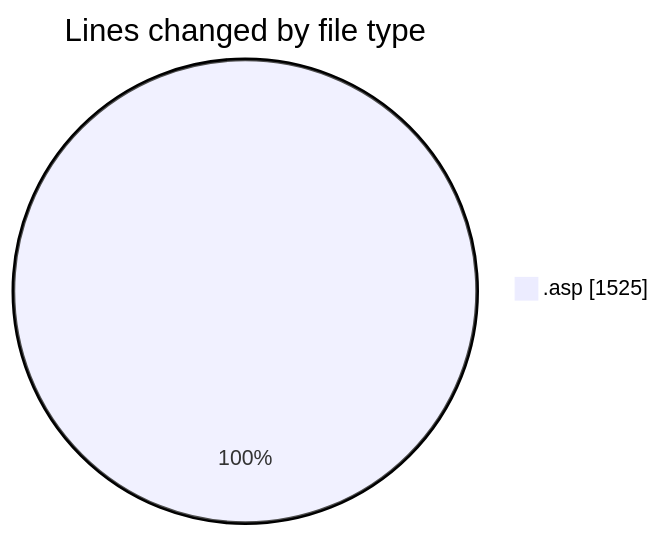
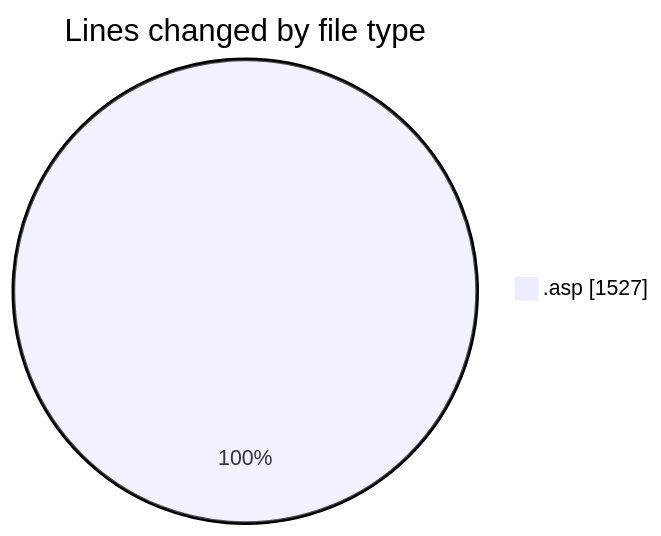
The first of 2 diagrams in 2025-10-30/cdp_aleoudev_fr__workspace_/README.md (julien-gomy/code-tracking), drawn with Mermaid before and after one commit. The commit also changed other lines of this file and 1 other file, not shown here.

````diff
--- a/2025-10-30/cdp_aleoudev_fr__workspace_/README.md
+++ b/2025-10-30/cdp_aleoudev_fr__workspace_/README.md
@@ -22,5 +22,5 @@
 ```mermaid
 pie showData
 title Lines changed by file type
-".asp" : 1525
+".asp" : 1527
 ```
````
